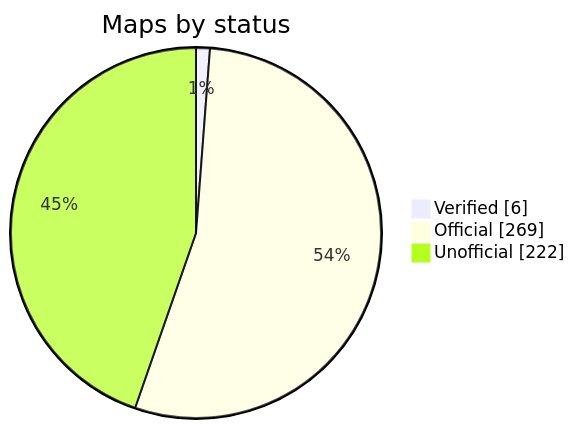
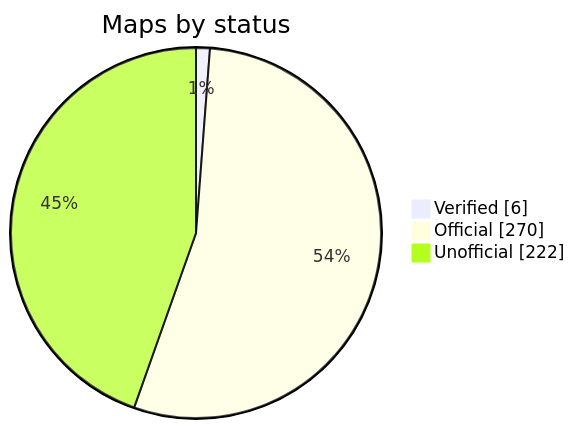
One commit to nobrega8/mbmap-library changed the diagram in README.md. Above: the diagram before and after it, drawn with Mermaid. The commit also changed 2 other files, not shown here.

Commit message:
Add the Novus DigiRail-2A map (#96)

````diff
--- a/README.md
+++ b/README.md
@@ -48,7 +48,7 @@
 ```mermaid
 pie showData
     title Maps by status
     "Verified" : 6
-    "Official" : 269
+    "Official" : 270
     "Unofficial" : 222
 ```
````
